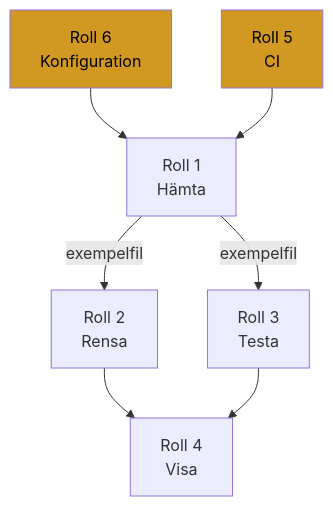
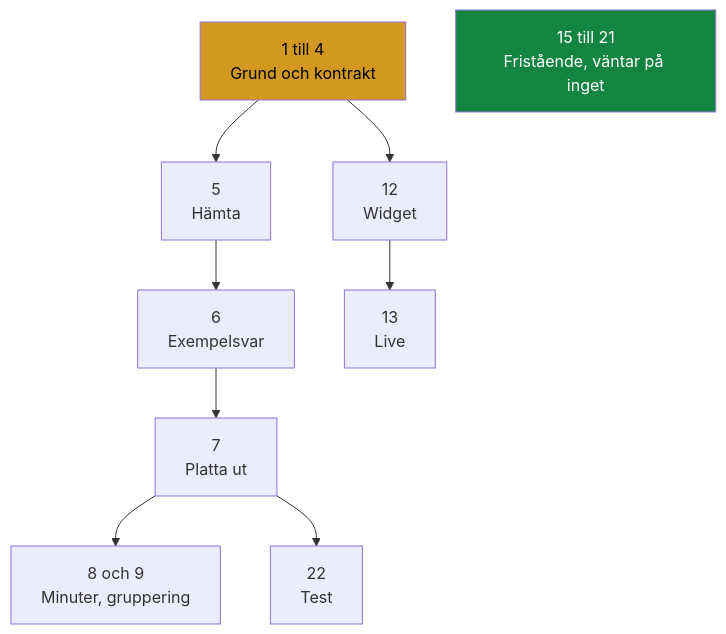
The second of 2 diagrams in SUGGESTION.md (GHT4ngo/cicd-grupparbete-grupp7), drawn with Mermaid before and after one commit. The commit also changed other lines of this file and 2 other files, not shown here.

````diff
--- a/SUGGESTION.md
+++ b/SUGGESTION.md
@@ -319,12 +168,15 @@
 ```mermaid
 flowchart TD
-    R6[Roll 6<br>Konfiguration] --> R1[Roll 1<br>Hämta]
-    R5[Roll 5<br>CI] --> R1
-    R1 -->|exempelfil| R2[Roll 2<br>Rensa]
-    R1 -->|exempelfil| R3[Roll 3<br>Testa]
-    R2 --> R4[Roll 4<br>Visa]
-    R3 --> R4
+    T1[1 till 4<br>Grund och kontrakt] --> T5[5<br>Hämta]
+    T5 --> T6[6<br>Exempelsvar]
+    T6 --> T7[7<br>Platta ut]
+    T7 --> T8[8 och 9<br>Minuter, gruppering]
+    T7 --> T22[22<br>Test]
+    T1 --> T12[12<br>Widget]
+    T12 --> T13[13<br>Live]
 
-    style R5 fill:#d29922,color:#000
-    style R6 fill:#d29922,color:#000
+    FRI[15 till 21<br>Fristående, väntar på inget]
+
+    style T1 fill:#d29922,color:#000
+    style FRI fill:#148541,color:#fff
 ```
````
